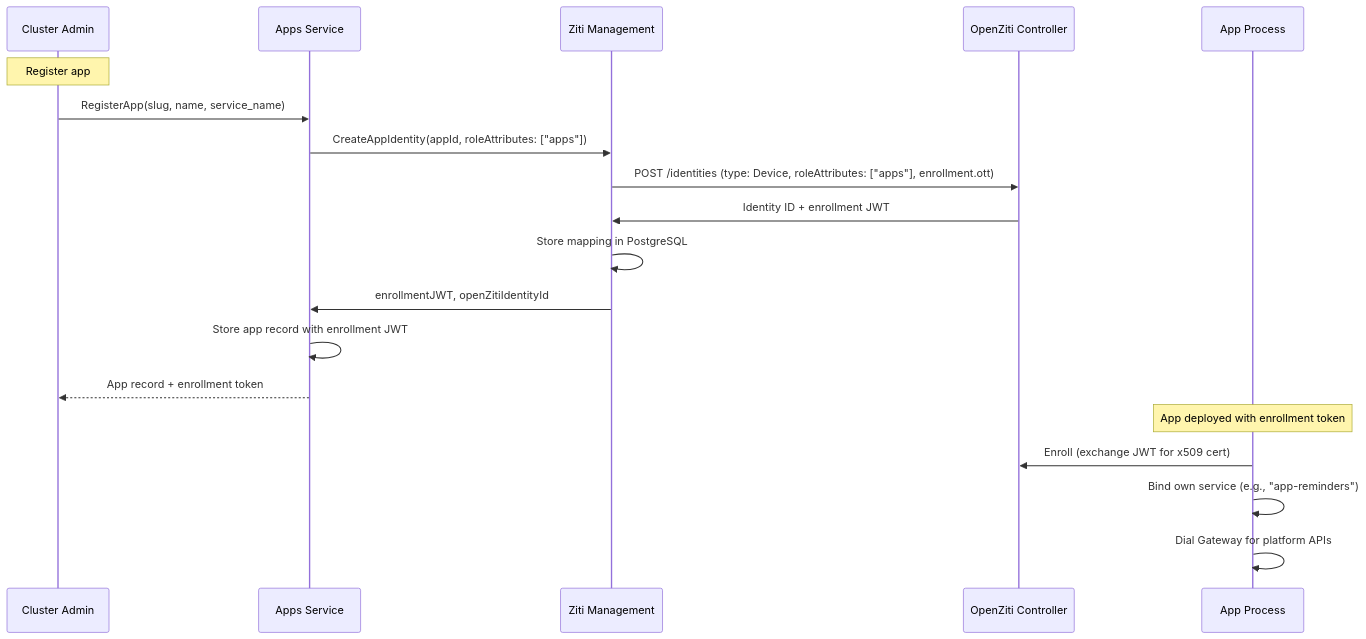
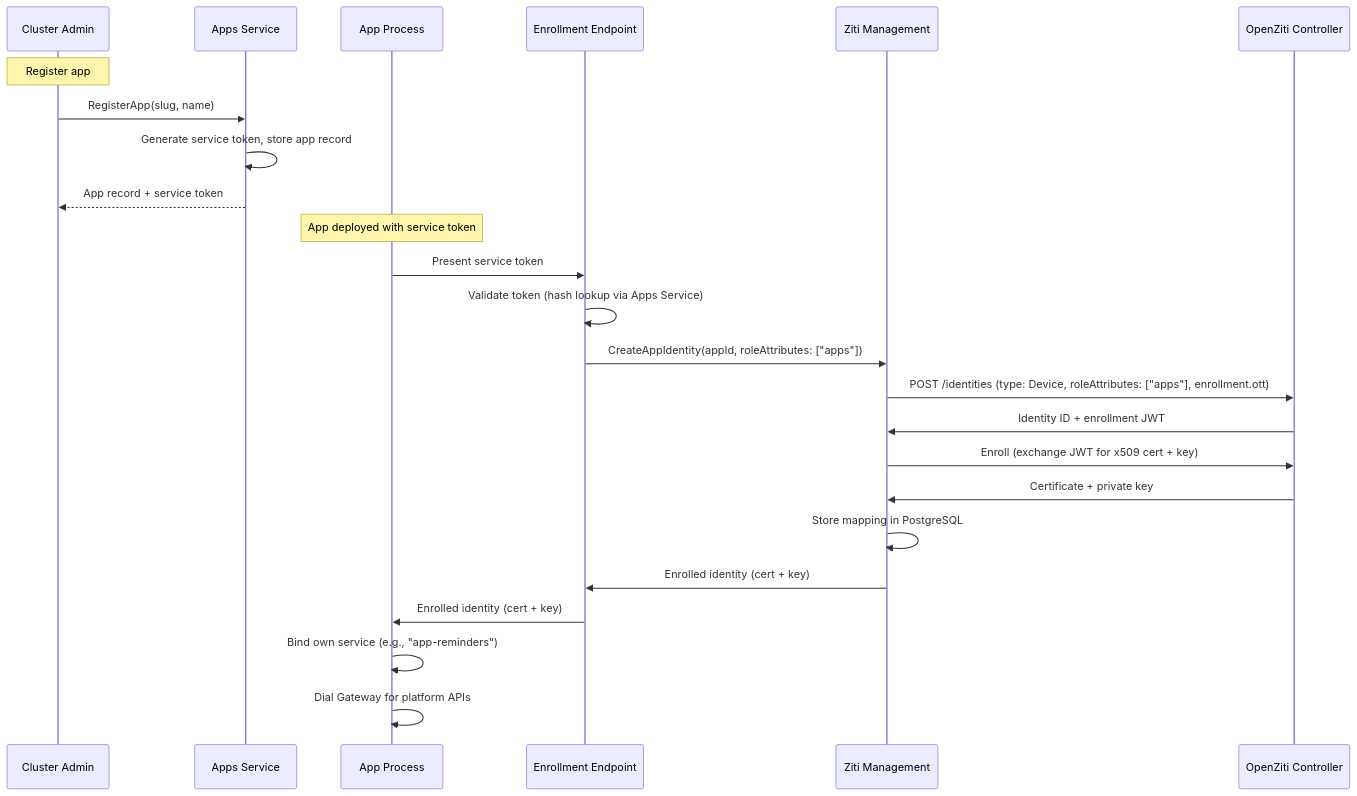
One commit to agynio/architecture changed the fifth of 5 diagrams in architecture/openziti.md. Above: the diagram before and after it, drawn with Mermaid. The commit also changed other lines of this file and 10 other files, not shown here.

````diff
--- a/architecture/openziti.md
+++ b/architecture/openziti.md
@@ -393,23 +393,28 @@
 ```mermaid
 sequenceDiagram
     participant Admin as Cluster Admin
     participant AS as Apps Service
+    participant App as App Process
+    participant EP as Enrollment Endpoint
     participant ZM as Ziti Management
     participant ZC as OpenZiti Controller
-    participant App as App Process
 
     Note over Admin: Register app
-    Admin->>AS: RegisterApp(slug, name, service_name)
-    AS->>ZM: CreateAppIdentity(appId, roleAttributes: ["apps"])
+    Admin->>AS: RegisterApp(slug, name)
+    AS->>AS: Generate service token, store app record
+    AS-->>Admin: App record + service token
+
+    Note over App: App deployed with service token
+    App->>EP: Present service token
+    EP->>EP: Validate token (hash lookup via Apps Service)
+    EP->>ZM: CreateAppIdentity(appId, roleAttributes: ["apps"])
     ZM->>ZC: POST /identities (type: Device, roleAttributes: ["apps"], enrollment.ott)
     ZC->>ZM: Identity ID + enrollment JWT
+    ZM->>ZC: Enroll (exchange JWT for x509 cert + key)
+    ZC->>ZM: Certificate + private key
     ZM->>ZM: Store mapping in PostgreSQL
-    ZM->>AS: enrollmentJWT, openZitiIdentityId
-    AS->>AS: Store app record with enrollment JWT
-    AS-->>Admin: App record + enrollment token
-
-    Note over App: App deployed with enrollment token
-    App->>ZC: Enroll (exchange JWT for x509 cert)
+    ZM->>EP: Enrolled identity (cert + key)
+    EP->>App: Enrolled identity (cert + key)
     App->>App: Bind own service (e.g., "app-reminders")
     App->>App: Dial Gateway for platform APIs
 ```
````
